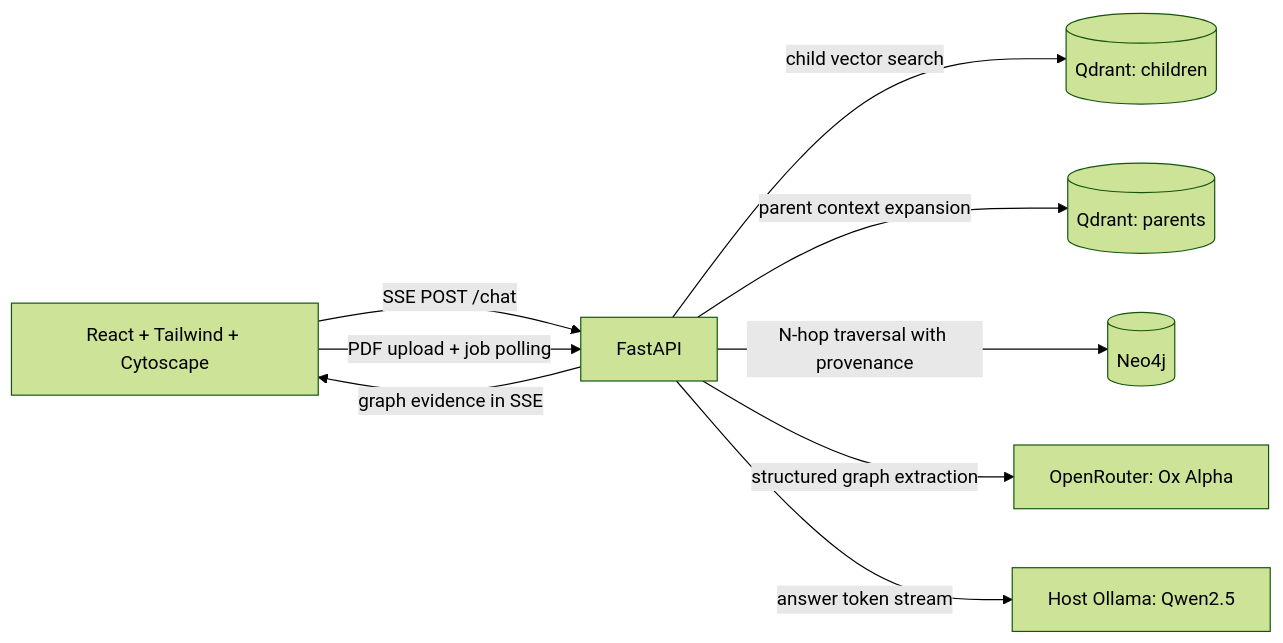
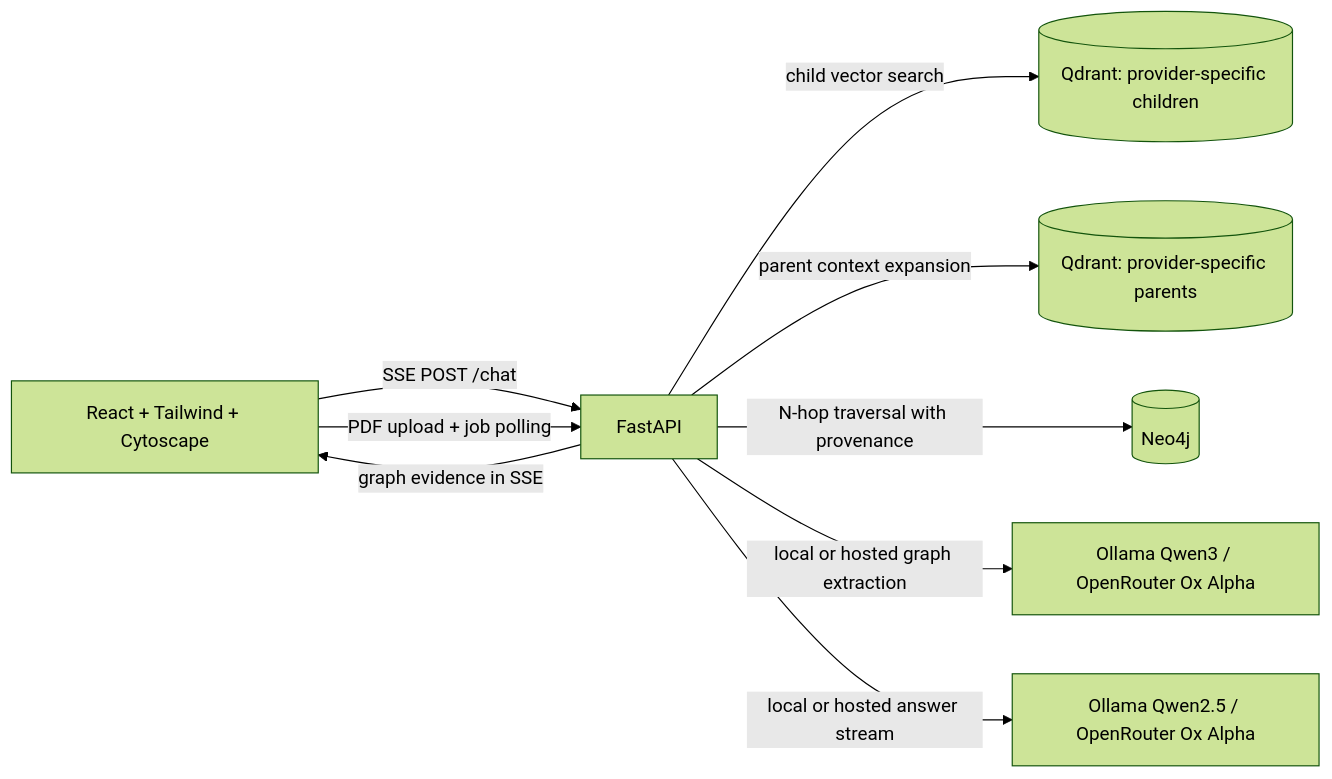
The diagram in README.md (Rishikeshk9/graphrag-assessment), drawn with Mermaid (forest theme) before and after one commit. The commit also changed other lines of this file and 1 other file, not shown here.

Commit message:
docs: align README with provider architecture

````diff
--- a/README.md
+++ b/README.md
@@ -14,11 +15,11 @@
 ```mermaid
 flowchart LR
   UI[React + Tailwind + Cytoscape] -->|SSE POST /chat| API[FastAPI]
   UI -->|PDF upload + job polling| API
   API -->|graph evidence in SSE| UI
-  API -->|child vector search| Q[(Qdrant: children)]
-  API -->|parent context expansion| QP[(Qdrant: parents)]
+  API -->|child vector search| Q[(Qdrant: provider-specific children)]
+  API -->|parent context expansion| QP[(Qdrant: provider-specific parents)]
   API -->|N-hop traversal with provenance| N[(Neo4j)]
-  API -->|structured graph extraction| G[OpenRouter: Ox Alpha]
-  API -->|answer token stream| O[Host Ollama: Qwen2.5]
+  API -->|local or hosted graph extraction| G[Ollama Qwen3 / OpenRouter Ox Alpha]
+  API -->|local or hosted answer stream| O[Ollama Qwen2.5 / OpenRouter Ox Alpha]
 ```
````
